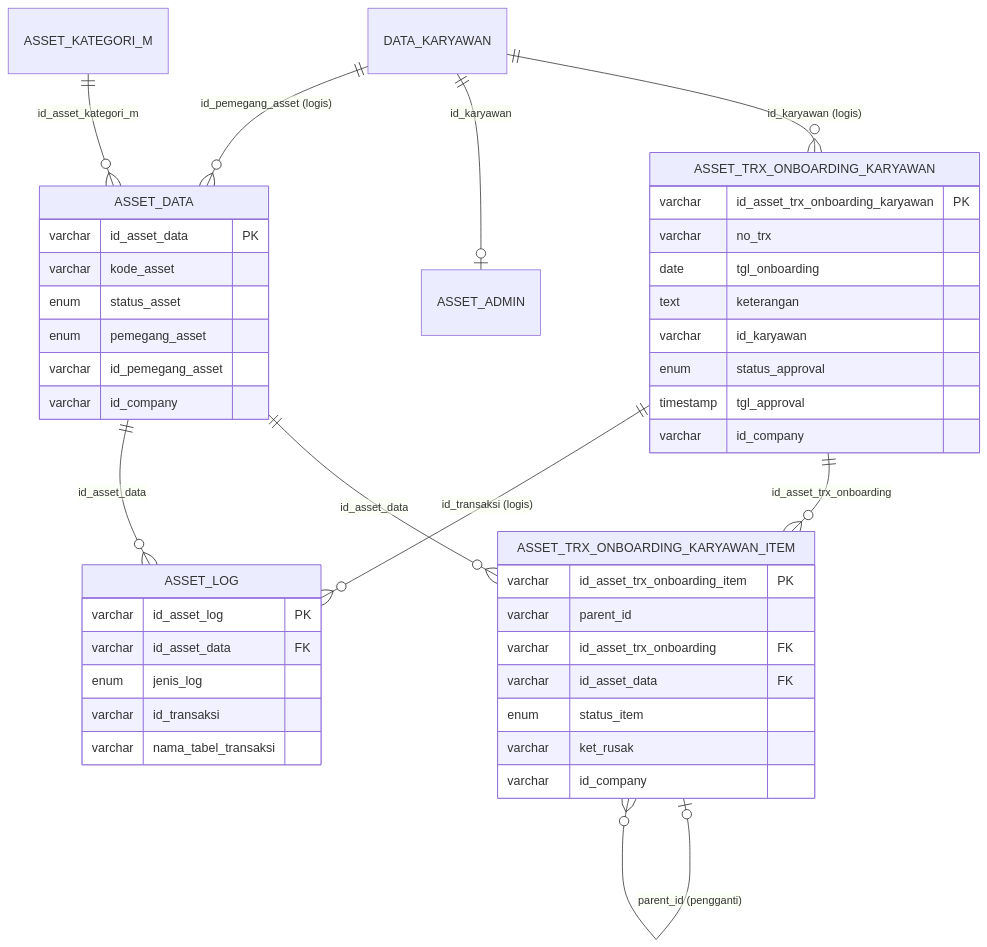
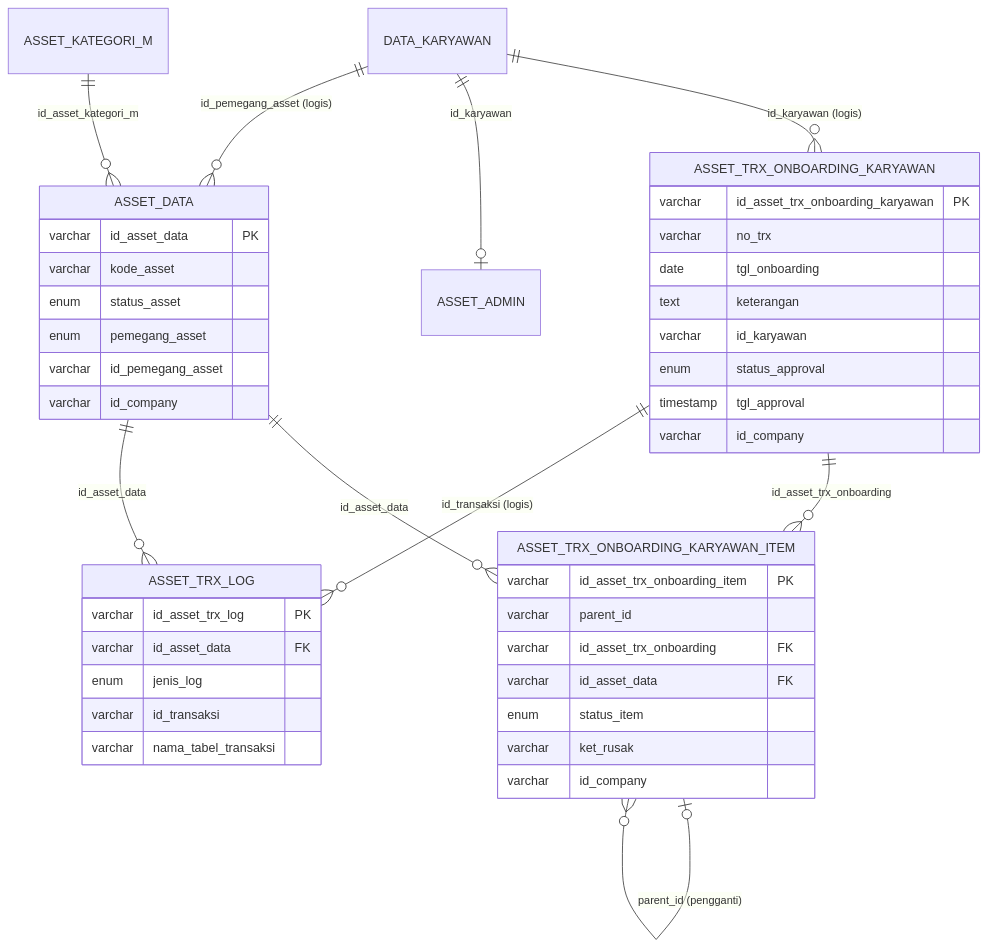
One commit to setiyawan12/DOKUMENTASI-ASSET changed the sixth of 6 diagrams in dokumentasi-asset-onboarding-karyawan.md. Above: the diagram before and after it, drawn with Mermaid. The commit also changed other lines of this file and 34 other files, not shown here.

````diff
--- a/dokumentasi-asset-onboarding-karyawan.md
+++ b/dokumentasi-asset-onboarding-karyawan.md
@@ -582,47 +584,47 @@
 ```mermaid
 erDiagram
     ASSET_TRX_ONBOARDING_KARYAWAN ||--o{ ASSET_TRX_ONBOARDING_KARYAWAN_ITEM : "id_asset_trx_onboarding"
     ASSET_TRX_ONBOARDING_KARYAWAN_ITEM |o--o{ ASSET_TRX_ONBOARDING_KARYAWAN_ITEM : "parent_id (pengganti)"
     ASSET_DATA ||--o{ ASSET_TRX_ONBOARDING_KARYAWAN_ITEM : "id_asset_data"
     ASSET_KATEGORI_M ||--o{ ASSET_DATA : "id_asset_kategori_m"
-    ASSET_DATA ||--o{ ASSET_LOG : "id_asset_data"
-    ASSET_TRX_ONBOARDING_KARYAWAN ||--o{ ASSET_LOG : "id_transaksi (logis)"
+    ASSET_DATA ||--o{ ASSET_TRX_LOG : "id_asset_data"
+    ASSET_TRX_ONBOARDING_KARYAWAN ||--o{ ASSET_TRX_LOG : "id_transaksi (logis)"
     DATA_KARYAWAN ||--o{ ASSET_TRX_ONBOARDING_KARYAWAN : "id_karyawan (logis)"
     DATA_KARYAWAN ||--o| ASSET_ADMIN : "id_karyawan"
     DATA_KARYAWAN ||--o{ ASSET_DATA : "id_pemegang_asset (logis)"
 
     ASSET_TRX_ONBOARDING_KARYAWAN {
         varchar id_asset_trx_onboarding_karyawan PK
         varchar no_trx
         date tgl_onboarding
         text keterangan
         varchar id_karyawan
         enum status_approval
         timestamp tgl_approval
         varchar id_company
     }
     ASSET_TRX_ONBOARDING_KARYAWAN_ITEM {
         varchar id_asset_trx_onboarding_item PK
         varchar parent_id
         varchar id_asset_trx_onboarding FK
         varchar id_asset_data FK
         enum status_item
         varchar ket_rusak
         varchar id_company
     }
     ASSET_DATA {
         varchar id_asset_data PK
         varchar kode_asset
         enum status_asset
         enum pemegang_asset
         varchar id_pemegang_asset
         varchar id_company
     }
-    ASSET_LOG {
-        varchar id_asset_log PK
+    ASSET_TRX_LOG {
+        varchar id_asset_trx_log PK
         varchar id_asset_data FK
         enum jenis_log
         varchar id_transaksi
         varchar nama_tabel_transaksi
     }
 ```
````
